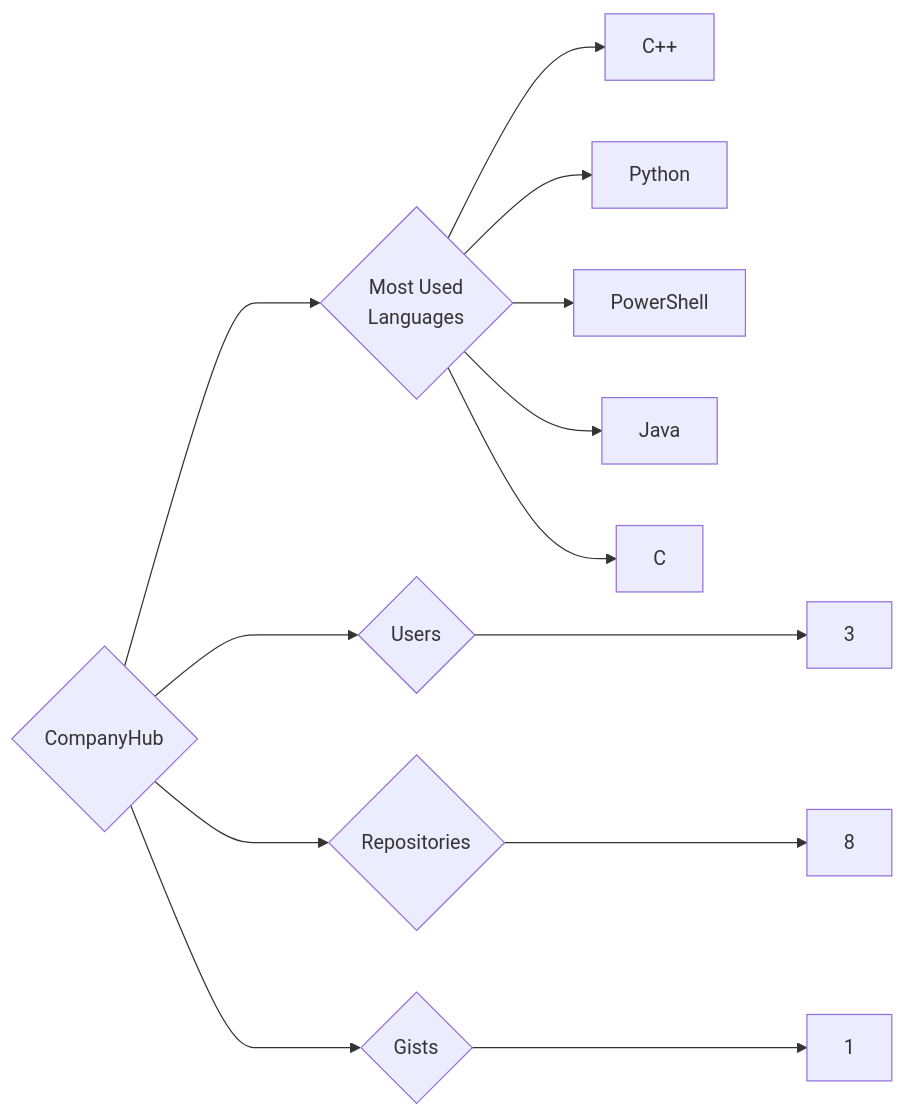
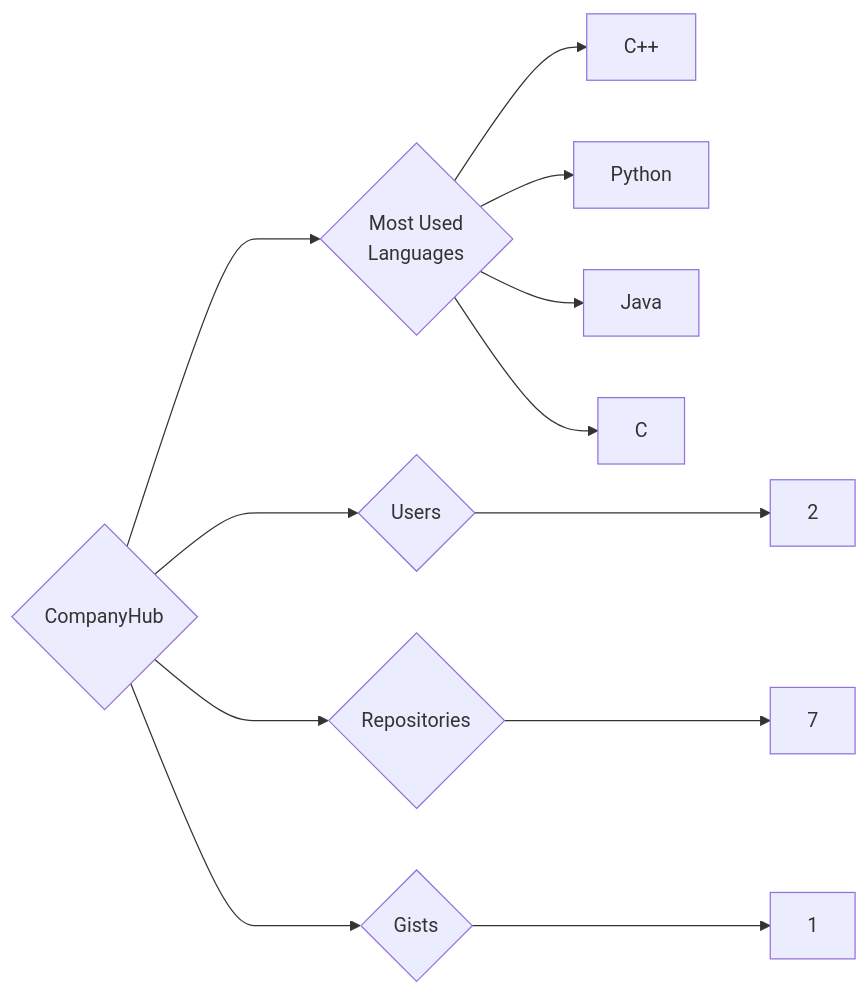
Before and after one commit to trickest/insiders: the diagram in targets/CompanyHub/README.md, drawn with Mermaid. The commit also changed 1020 other files, not shown here.

````diff
--- a/targets/CompanyHub/README.md
+++ b/targets/CompanyHub/README.md
@@ -3,13 +3,12 @@
 ```mermaid
 graph LR
 COMPANY_NAME{CompanyHub}
-COMPANY_NAME ---> U{Users} ---> UN[3]
-COMPANY_NAME ---> R{Repositories} ---> RN[8]
+COMPANY_NAME ---> U{Users} ---> UN[2]
+COMPANY_NAME ---> R{Repositories} ---> RN[7]
 COMPANY_NAME ---> G{Gists} ---> GN[1]
 COMPANY_NAME ---> ML{Most Used<br>Languages}
 ML --> C++[C++]
 ML --> Python[Python]
-ML --> PowerShell[PowerShell]
 ML --> Java[Java]
 ML --> C[C]
 ```
````
